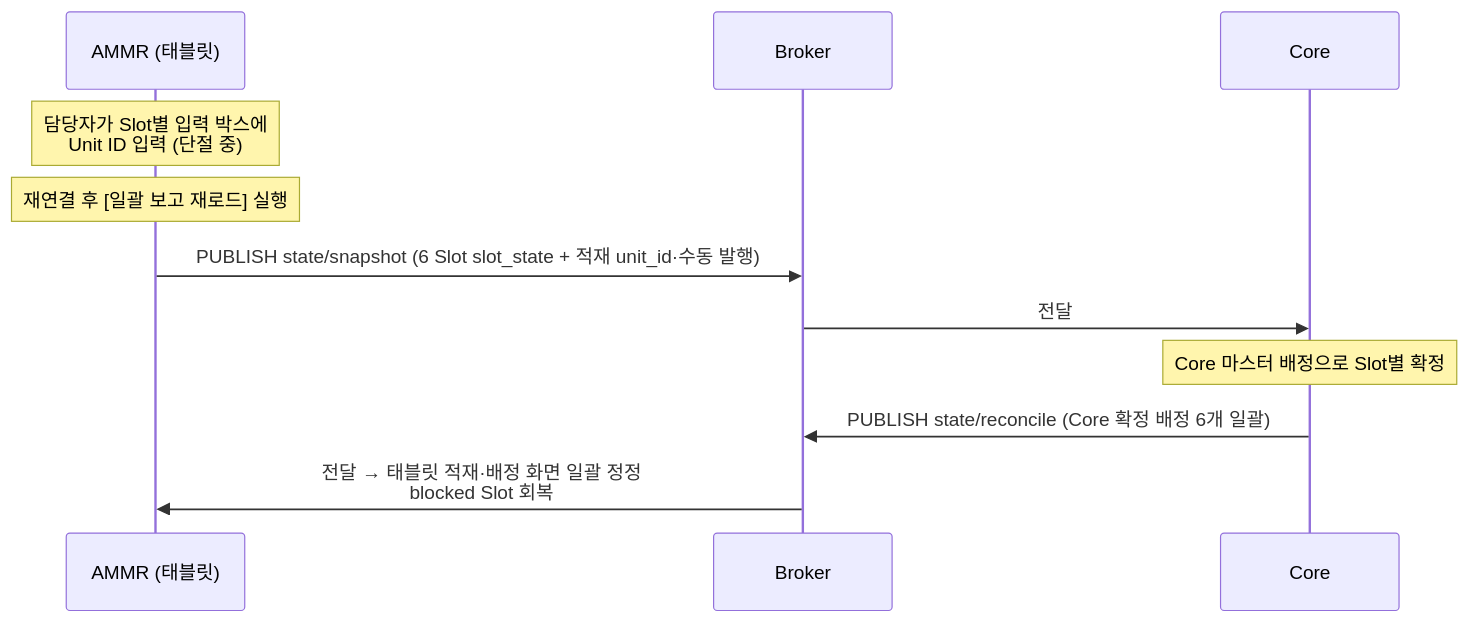
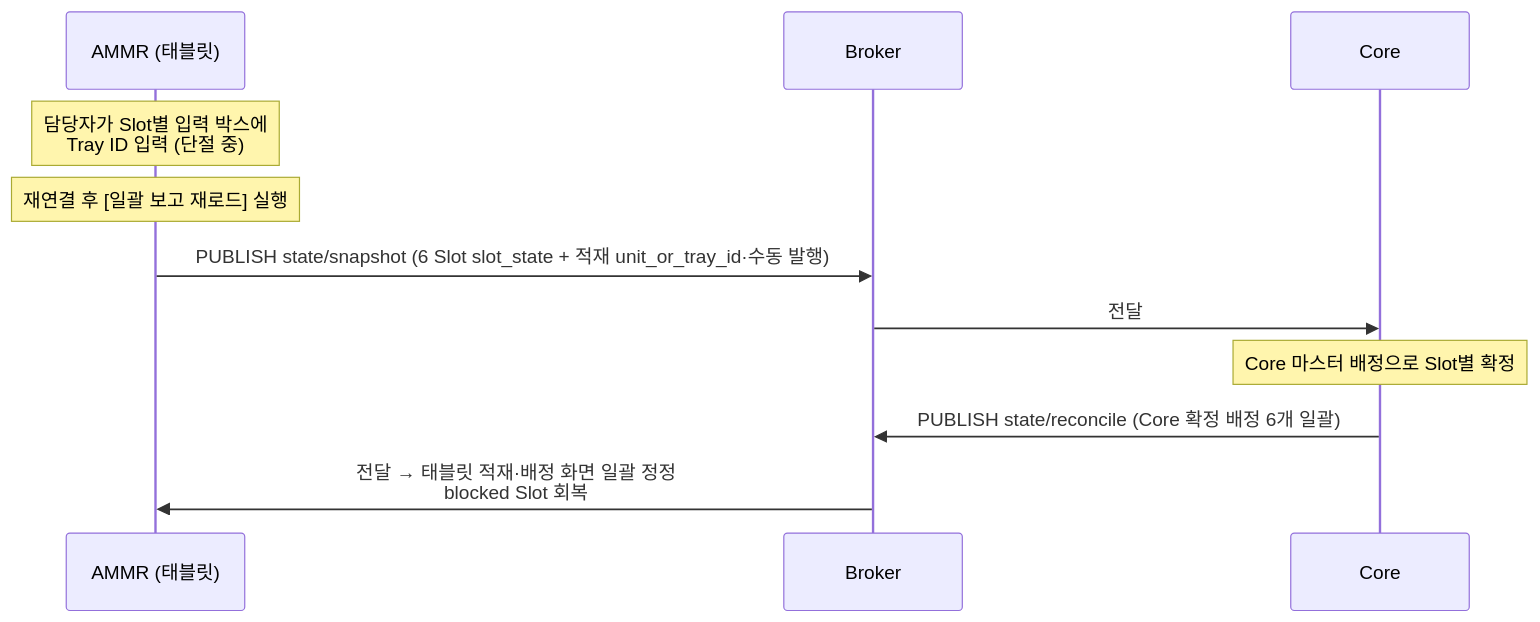
One commit to kimminsu0315/Core-Docs changed the tenth of 13 diagrams in docs/out/Core_ICD_AMMR.md. Above: the diagram before and after it, drawn with Mermaid. The commit also changed other lines of this file and 17 other files, not shown here.

````diff
--- a/docs/out/Core_ICD_AMMR.md
+++ b/docs/out/Core_ICD_AMMR.md
@@ -1222,14 +1238,14 @@
 ```mermaid
 sequenceDiagram
     participant A as AMMR (태블릿)
     participant B as Broker
     participant C as Core
 
-    Note over A: 담당자가 Slot별 입력 박스에<br/>Unit ID 입력 (단절 중)
+    Note over A: 담당자가 Slot별 입력 박스에<br/>Tray ID 입력 (단절 중)
     Note over A: 재연결 후 [일괄 보고 재로드] 실행
-    A->>B: PUBLISH state/snapshot (6 Slot slot_state + 적재 unit_id·수동 발행)
+    A->>B: PUBLISH state/snapshot (6 Slot slot_state + 적재 unit_or_tray_id·수동 발행)
     B->>C: 전달
     Note over C: Core 마스터 배정으로 Slot별 확정
     C->>B: PUBLISH state/reconcile (Core 확정 배정 6개 일괄)
     B->>A: 전달 → 태블릿 적재·배정 화면 일괄 정정<br/>blocked Slot 회복
 ```
````
